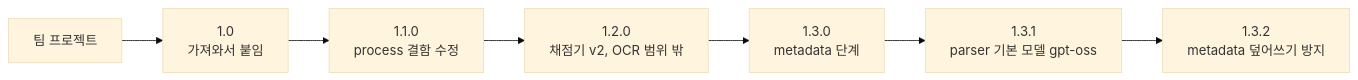
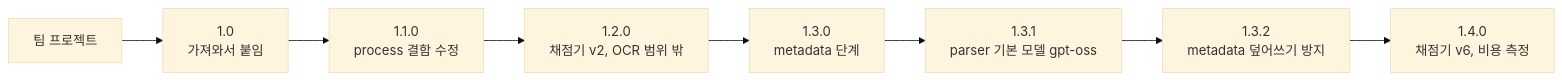
Before and after one commit to adover134/hierarchical-md-rag: the first of 2 diagrams in docs/08_버전과_브랜치.md, drawn with Mermaid (base theme). The commit also changed other lines of this file and 9 other files, not shown here.

````diff
--- a/docs/08_버전과_브랜치.md
+++ b/docs/08_버전과_브랜치.md
@@ -10,9 +10,10 @@
 ```mermaid
 flowchart LR
     T["팀 프로젝트"] --> V10["1.0<br/>가져와서 붙임"]
     V10 --> V11["1.1.0<br/>process 결함 수정"]
     V11 --> V12["1.2.0<br/>채점기 v2, OCR 범위 밖"]
     V12 --> V13["1.3.0<br/>metadata 단계"]
     V13 --> V131["1.3.1<br/>parser 기본 모델 gpt-oss"]
     V131 --> V132["1.3.2<br/>metadata 덮어쓰기 방지"]
+    V132 --> V14["1.4.0<br/>채점기 v6, 비용 측정"]
 ```
````
